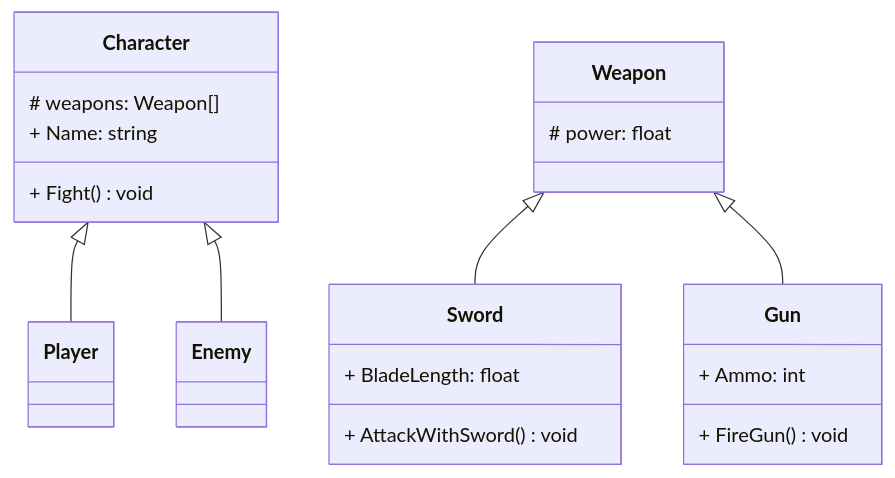
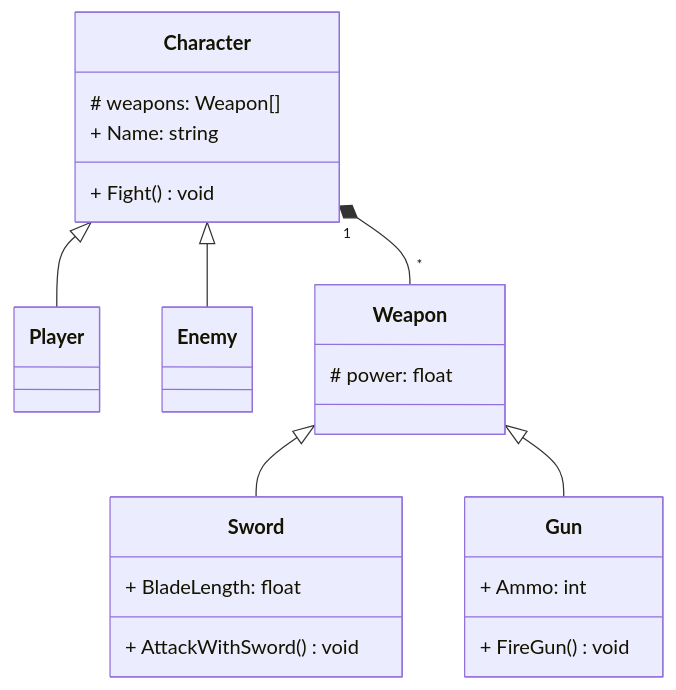
One commit to notCroptu/LP1Semana07 changed the diagram in README.md. Above: the diagram before and after it, drawn with Mermaid.

Commit message:
Ex4 MiniGame readme

````diff
--- a/README.md
+++ b/README.md
@@ -1,42 +1,42 @@
 ```mermaid
 classDiagram
     class Character{
         # weapons: Weapon[]
         + Name: string
 
         + Fight() void
     }
 
     class Player{
 
     }
 
     class Enemy{
 
     }
 
     Character <|-- Player
     Character <|-- Enemy
 
     class Weapon{
         # power: float
 
     }
 
     class Sword{
         + BladeLength: float
 
         + AttackWithSword() void
     }
 
     class Gun{
         + Ammo: int
 
         + FireGun() void
     }
 
     Weapon <|-- Sword
     Weapon <|-- Gun
 
-    
+    Character "1" *-- "*" Weapon
 ```
````
